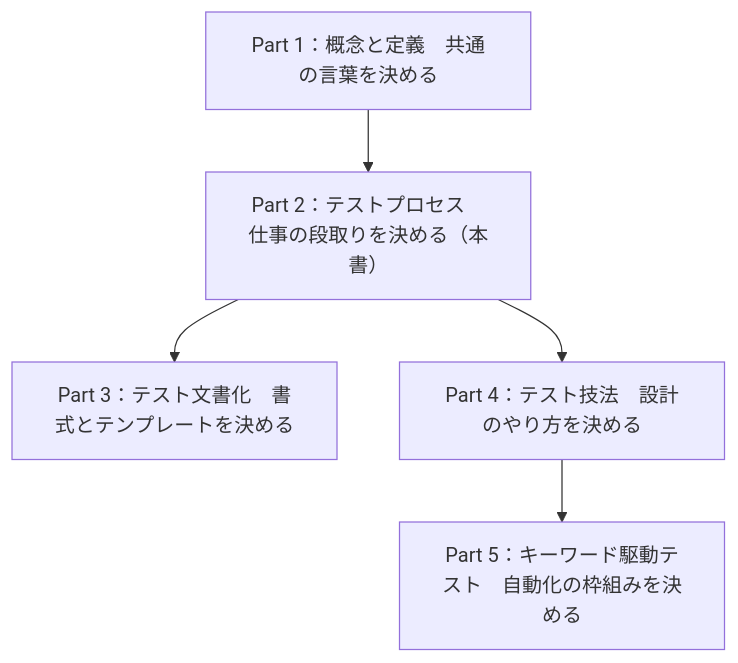
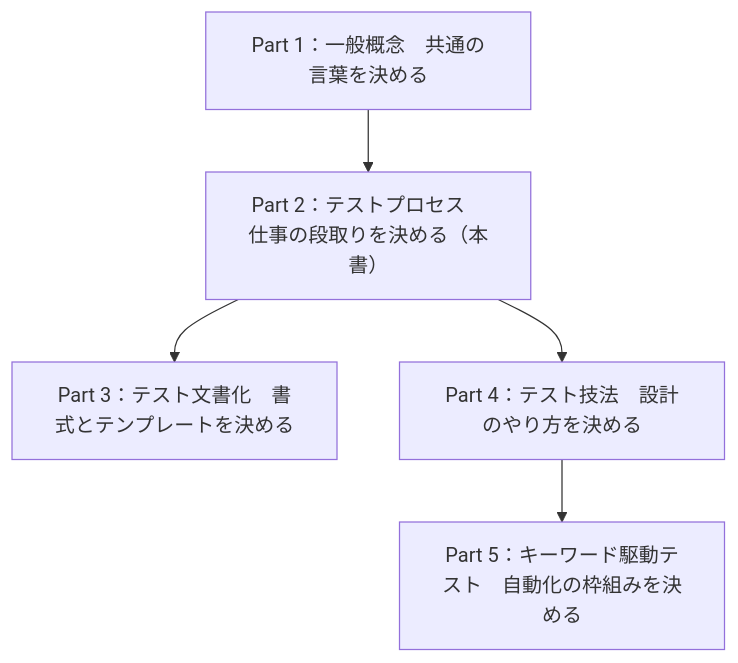
Before and after one commit to myoshi2891/Quality-Assurance-Studies: the first of 17 diagrams in Iso-29119-2-test-processes-guide.md, drawn with Mermaid. The commit also changed other lines of this file and 2 other files, not shown here.

````diff
--- a/Iso-29119-2-test-processes-guide.md
+++ b/Iso-29119-2-test-processes-guide.md
@@ -107,12 +107,12 @@
 ```mermaid
 flowchart TD
-    SR1["Part 1：概念と定義　共通の言葉を決める"]
+    SR1["Part 1：一般概念　共通の言葉を決める"]
     SR2["Part 2：テストプロセス　仕事の段取りを決める（本書）"]
     SR3["Part 3：テスト文書化　書式とテンプレートを決める"]
     SR4["Part 4：テスト技法　設計のやり方を決める"]
     SR5["Part 5：キーワード駆動テスト　自動化の枠組みを決める"]
     SR1 --> SR2
     SR2 --> SR3
     SR2 --> SR4
     SR4 --> SR5
 ```
````
